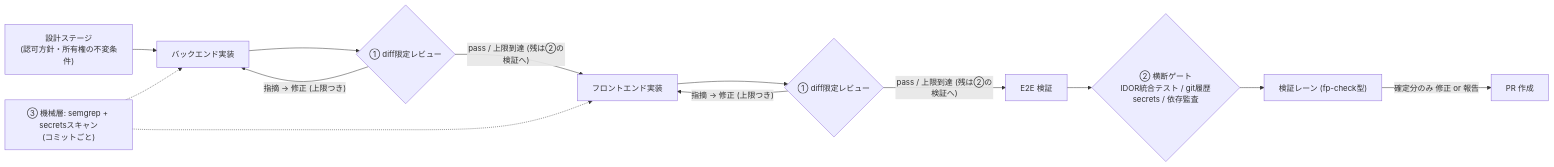
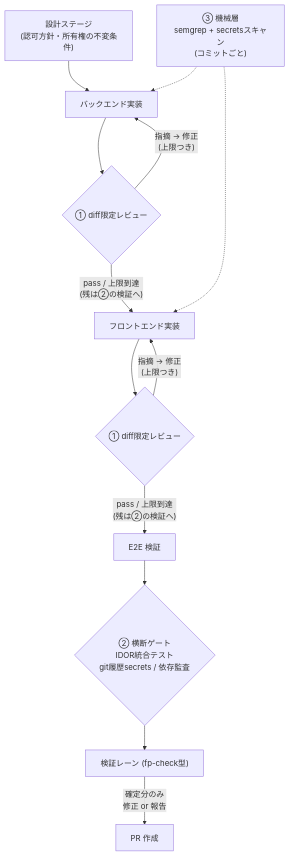
One commit to t-mizumoto1203/zenn-tech-blog changed the diagram in articles/20260724-d13745952c41e2.md. Above: the diagram before and after it, drawn with Mermaid.

Commit message:
mermaid図を縦方向(TD)に変更して可読性を改善

````diff
--- a/articles/20260724-d13745952c41e2.md
+++ b/articles/20260724-d13745952c41e2.md
@@ -95,15 +95,15 @@
 ```mermaid
-flowchart LR
+flowchart TD
     D["設計ステージ<br>(認可方針・所有権の不変条件)"] --> B["バックエンド実装"]
     B --> BR{"① diff限定レビュー"}
-    BR -->|"指摘 → 修正 (上限つき)"| B
-    BR -->|"pass / 上限到達 (残は②の検証へ)"| F["フロントエンド実装"]
+    BR -->|"指摘 → 修正<br>(上限つき)"| B
+    BR -->|"pass / 上限到達<br>(残は②の検証へ)"| F["フロントエンド実装"]
     F --> FR{"① diff限定レビュー"}
-    FR -->|"指摘 → 修正 (上限つき)"| F
-    FR -->|"pass / 上限到達 (残は②の検証へ)"| E["E2E 検証"]
-    E --> G{"② 横断ゲート<br>IDOR統合テスト / git履歴secrets / 依存監査"}
+    FR -->|"指摘 → 修正<br>(上限つき)"| F
+    FR -->|"pass / 上限到達<br>(残は②の検証へ)"| E["E2E 検証"]
+    E --> G{"② 横断ゲート<br>IDOR統合テスト<br>git履歴secrets / 依存監査"}
     G --> V["検証レーン (fp-check型)"]
-    V -->|"確定分のみ 修正 or 報告"| P["PR 作成"]
-    M["③ 機械層: semgrep + secretsスキャン<br>(コミットごと)"] -.-> B
+    V -->|"確定分のみ<br>修正 or 報告"| P["PR 作成"]
+    M["③ 機械層<br>semgrep + secretsスキャン<br>(コミットごと)"] -.-> B
     M -.-> F
 ```
````
